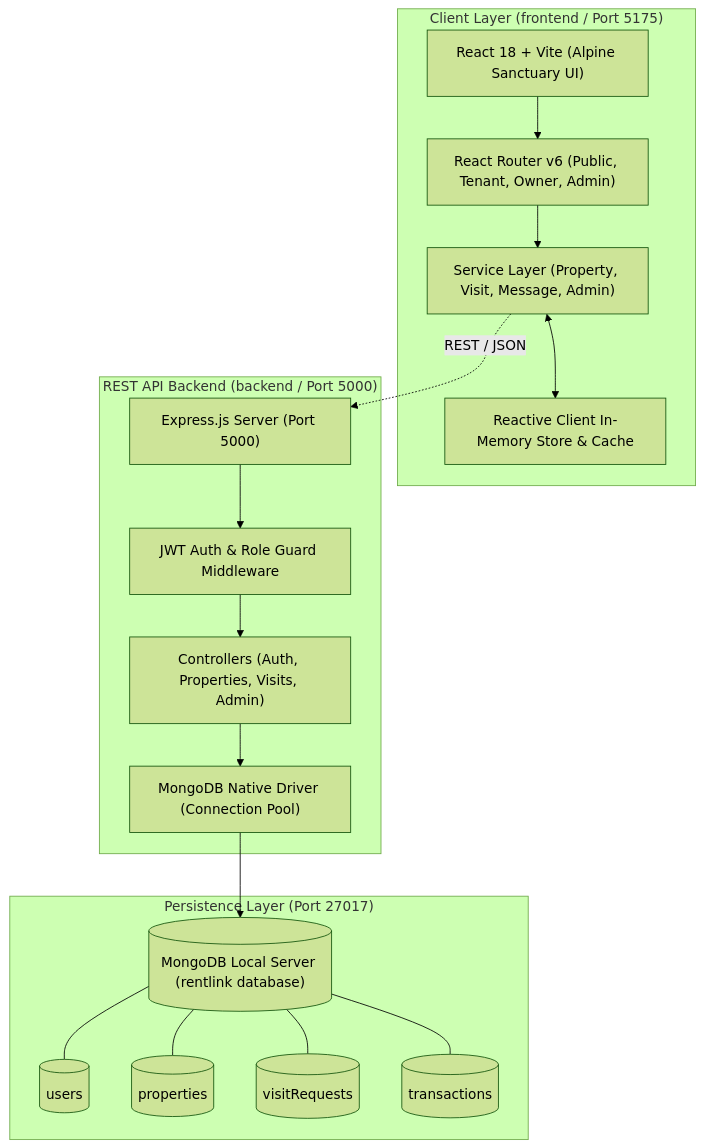
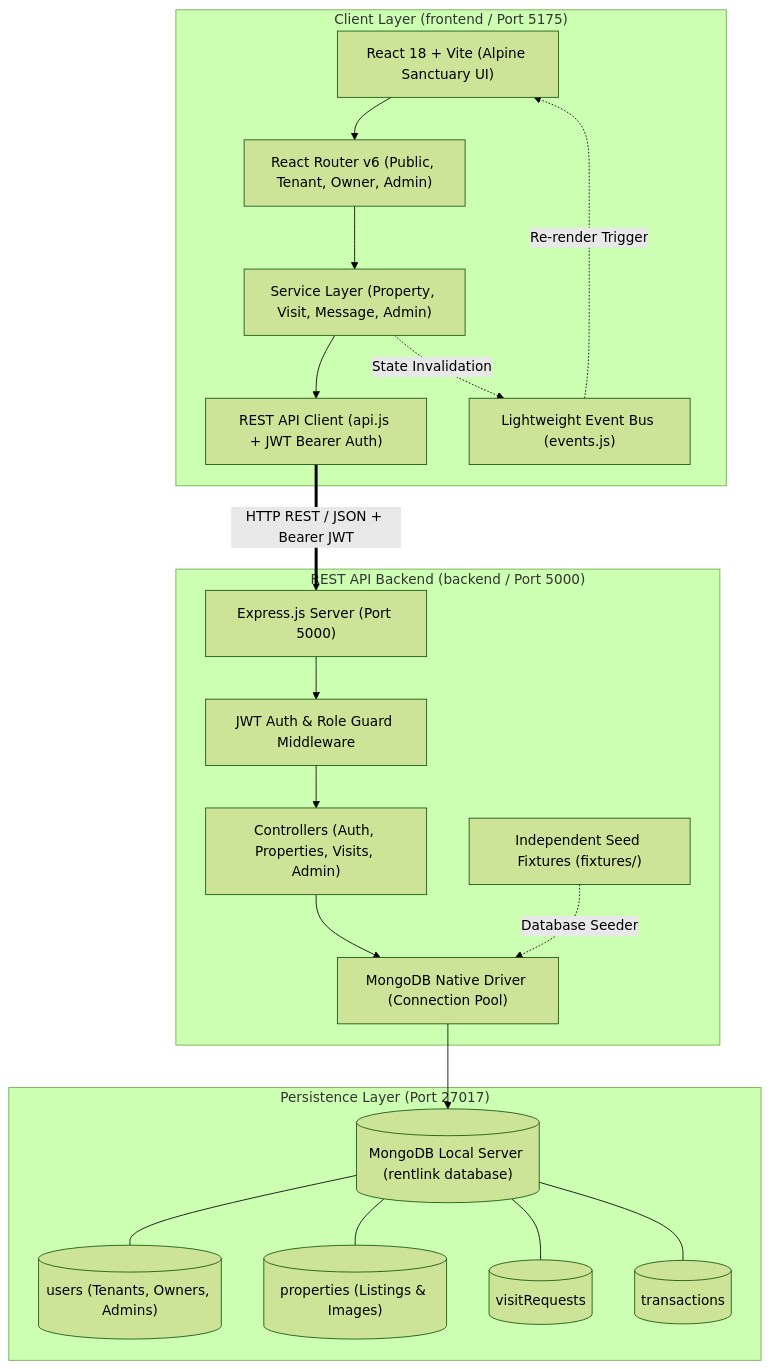
The diagram in README.md (sayamuddinshams/FYP-10), drawn with Mermaid (forest theme) before and after one commit. The commit also changed 1 other file, not shown here.

````diff
--- a/README.md
+++ b/README.md
@@ -31,32 +31,37 @@
 ```mermaid
 flowchart TB
     subgraph Client ["Client Layer (frontend / Port 5175)"]
         UI["React 18 + Vite (Alpine Sanctuary UI)"]
         Router["React Router v6 (Public, Tenant, Owner, Admin)"]
         ServiceLayer["Service Layer (Property, Visit, Message, Admin)"]
-        ReactiveStore["Reactive Client In-Memory Store & Cache"]
+        ApiClient["REST API Client (api.js + JWT Bearer Auth)"]
+        EventBus["Lightweight Event Bus (events.js)"]
     end
 
     subgraph API ["REST API Backend (backend / Port 5000)"]
         ExpressApp["Express.js Server (Port 5000)"]
         AuthMid["JWT Auth & Role Guard Middleware"]
         Controllers["Controllers (Auth, Properties, Visits, Admin)"]
+        Fixtures["Independent Seed Fixtures (fixtures/)"]
         MongoDriver["MongoDB Native Driver (Connection Pool)"]
     end
 
     subgraph Storage ["Persistence Layer (Port 27017)"]
         MongoDB[("MongoDB Local Server (rentlink database)")]
-        UsersCol[("users")]
-        PropsCol[("properties")]
+        UsersCol[("users (Tenants, Owners, Admins)")]
+        PropsCol[("properties (Listings & Images)")]
         VisitsCol[("visitRequests")]
         TxCol[("transactions")]
     end
 
     UI --> Router
     Router --> ServiceLayer
-    ServiceLayer <--> ReactiveStore
-    ServiceLayer -.->|REST / JSON| ExpressApp
+    ServiceLayer --> ApiClient
+    ServiceLayer -.->|State Invalidation| EventBus
+    EventBus -.->|Re-render Trigger| UI
+    ApiClient ==>|HTTP REST / JSON + Bearer JWT| ExpressApp
     ExpressApp --> AuthMid --> Controllers --> MongoDriver
+    Fixtures -.->|Database Seeder| MongoDriver
     MongoDriver --> MongoDB
     MongoDB --- UsersCol & PropsCol & VisitsCol & TxCol
 ```
````
